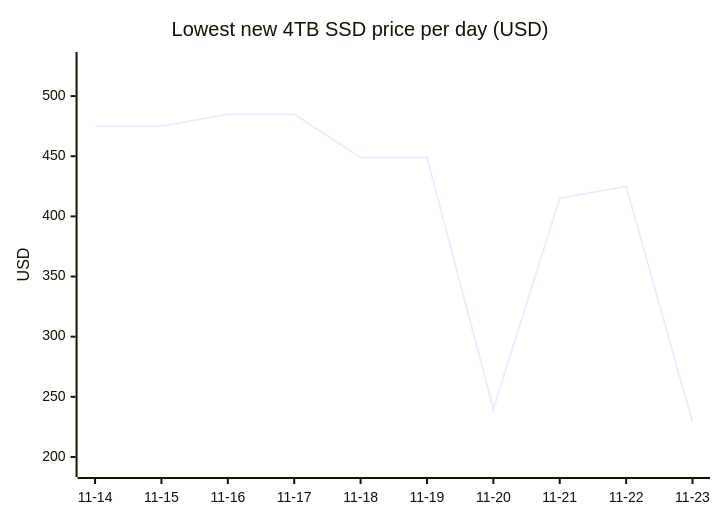
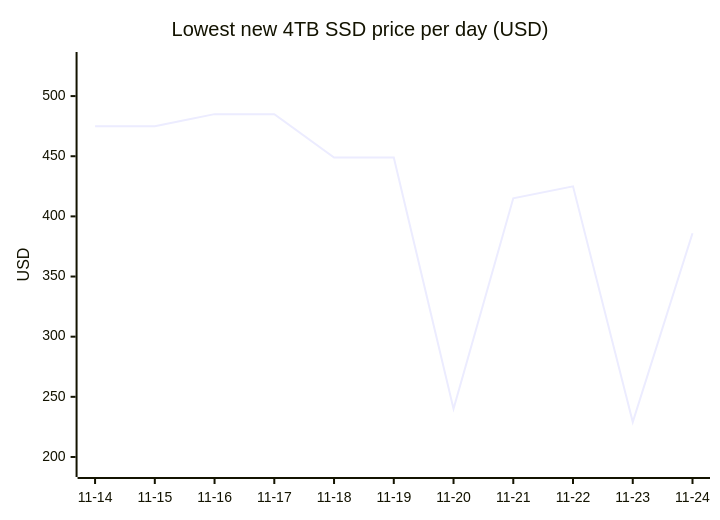
One commit to 7324136828/4tb_ssd_price_watch changed the first of 18 diagrams in README.md. Above: the diagram before and after it, drawn with Mermaid. The commit also changed other lines of this file, not shown here.

````diff
--- a/README.md
+++ b/README.md
@@ -81,7 +81,7 @@
 ```mermaid
 xychart-beta
     title "Lowest new 4TB SSD price per day (USD)"
-    x-axis ["11-14", "11-15", "11-16", "11-17", "11-18", "11-19", "11-20", "11-21", "11-22", "11-23"]
+    x-axis ["11-14", "11-15", "11-16", "11-17", "11-18", "11-19", "11-20", "11-21", "11-22", "11-23", "11-24"]
     y-axis "USD" 190 --> 530
-    line [474.97, 475.00, 484.99, 484.99, 448.88, 448.88, 239.99, 415.00, 425.00, 229.00]
+    line [474.97, 475.00, 484.99, 484.99, 448.88, 448.88, 239.99, 415.00, 425.00, 229.00, 385.99]
 ```
````
